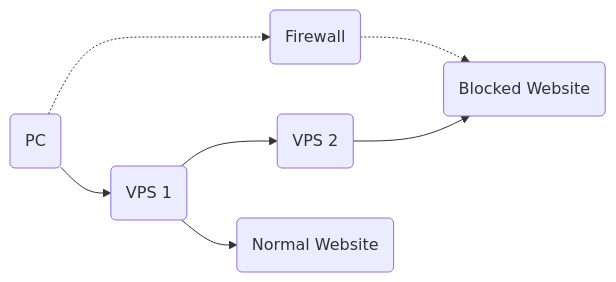
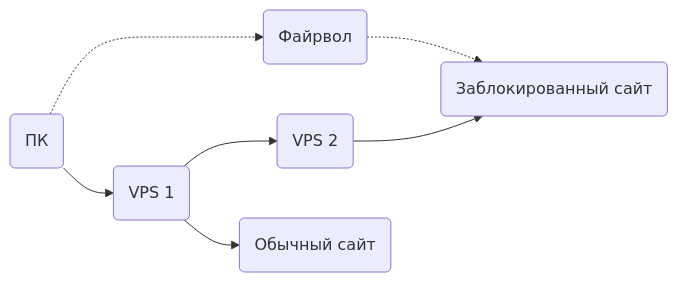
One commit to v2ray/manual changed the second of 3 diagrams in ru/welcome/workflow.md. Above: the diagram before and after it, drawn with Mermaid. The commit also changed other lines of this file, not shown here.

````diff
--- a/ru/welcome/workflow.md
+++ b/ru/welcome/workflow.md
@@ -26,9 +26,9 @@
 ```mermaid
 graph LR;
-A(PC) -.-> B(Firewall);
-B -.-> C(Blocked Website);
+A(ПК) -.-> B(Файрвол);
+B -.-> C(Заблокированный сайт);
 A --> D(VPS 1);
 D --> E(VPS 2);
 E --> C;
-D --> F(Normal Website);
+D --> F(Обычный сайт);
 ```
````
